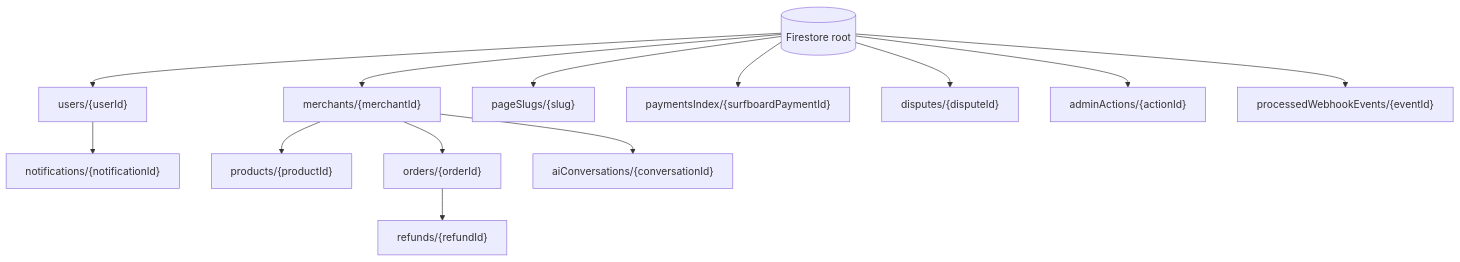
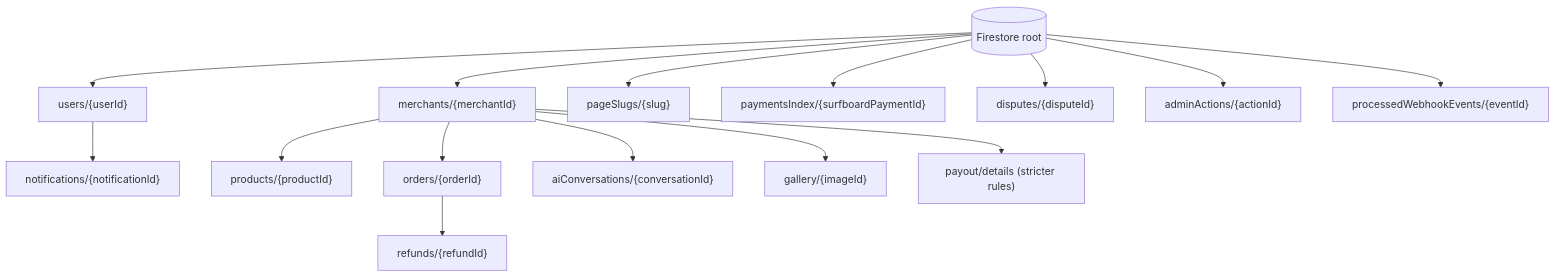
The sixth of 9 diagrams in master-doc.md (Pandiyaraj2004/Paylink), drawn with Mermaid before and after one commit. The commit also changed other lines of this file and 177 other files, not shown here.

````diff
--- a/master-doc.md
+++ b/master-doc.md
@@ -1067,19 +1227,21 @@
 ```mermaid
 flowchart TD
     ROOT[("Firestore root")]
     ROOT --> USERS["users/{userId}"]
     ROOT --> MERCHANTS["merchants/{merchantId}"]
     ROOT --> PAGESLUGS["pageSlugs/{slug}"]
     ROOT --> PAYIDX["paymentsIndex/{surfboardPaymentId}"]
     ROOT --> DISPUTES["disputes/{disputeId}"]
     ROOT --> ADMINLOG["adminActions/{actionId}"]
     ROOT --> WEBHOOKS["processedWebhookEvents/{eventId}"]
 
     USERS --> NOTIFS["notifications/{notificationId}"]
 
     MERCHANTS --> PRODUCTS["products/{productId}"]
     MERCHANTS --> ORDERS["orders/{orderId}"]
     MERCHANTS --> AICONVOS["aiConversations/{conversationId}"]
+    MERCHANTS --> GALLERY["gallery/{imageId}"]
+    MERCHANTS --> PAYOUT["payout/details (stricter rules)"]
 
     ORDERS --> REFUNDS["refunds/{refundId}"]
 ```
````
